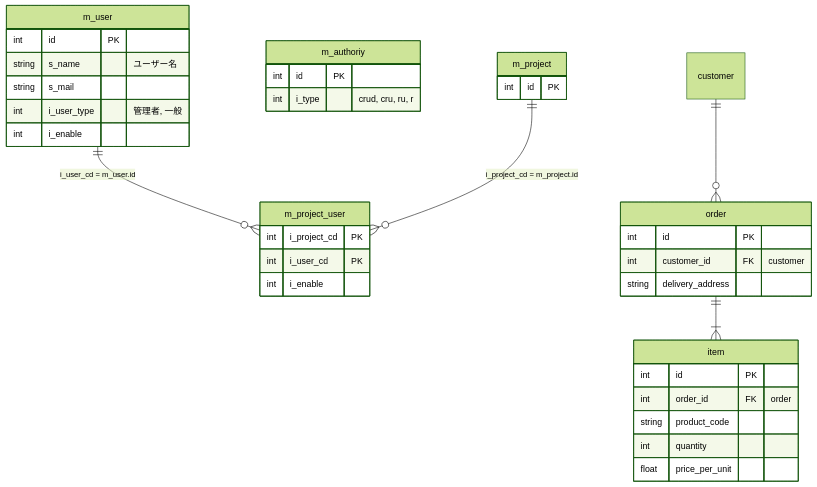
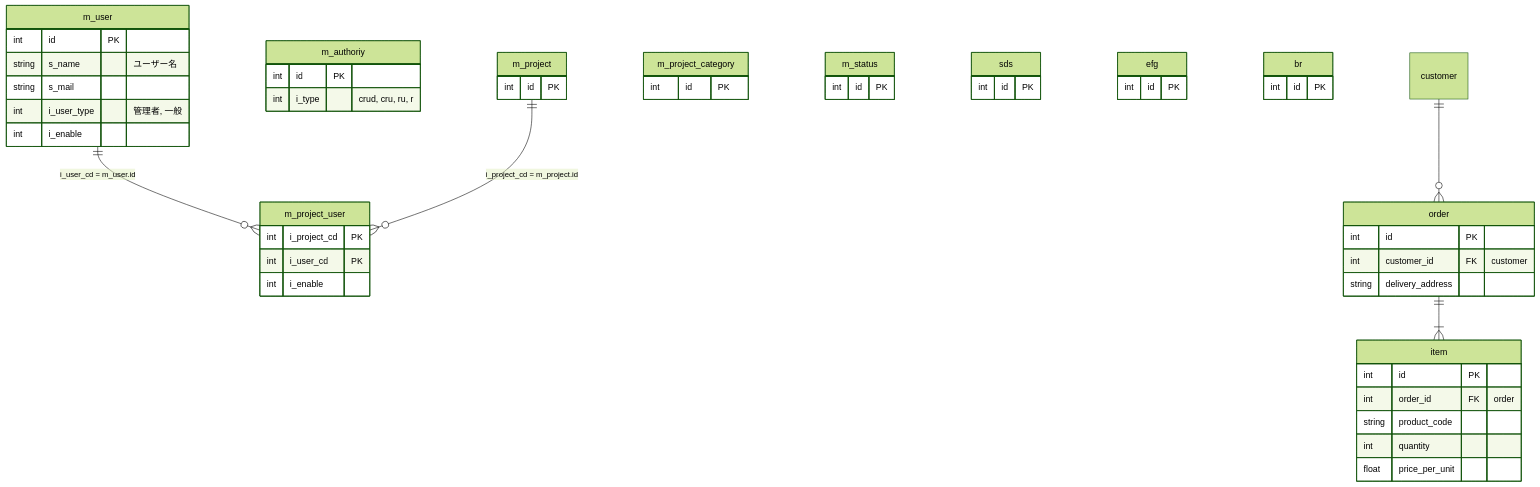
The second of 4 diagrams in README.md (hiramiya523/template), drawn with Mermaid (forest theme) before and after one commit.

````diff
--- a/README.md
+++ b/README.md
@@ -26,44 +26,67 @@
 ```mermaid
 erDiagram
   m_user {
           int id PK
           string s_name "ユーザー名"
           string s_mail
           int i_user_type "管理者, 一般"
           int i_enable
       }
   
   m_authoriy {
     int id PK
     int i_type "crud, cru, ru, r"
   }
   
   m_project {
     int id PK
+  }
+
+  m_project_category {
+    int id PK
+
+  }
+  
+  m_status {
+    int id PK
+
+  }
+
+   sds {
+    int id PK
+
+  }
+   efg {
+    int id PK
+
+  }
+   br {
+    int id PK
+
   }
 
   m_project_user {
     int i_project_cd PK
     int i_user_cd PK
     int i_enable
   }
 
   m_user ||--o{  m_project_user: "i_user_cd = m_user.id"
   m_project ||--o{ m_project_user: "i_project_cd = m_project.id" 
 
     order {
         int id PK
         int customer_id FK "customer"
         string delivery_address
     }
     customer ||--o{ order : ""
 
     item {
         int id PK
         int order_id FK "order"
         string product_code
         int quantity
         float price_per_unit
     }
     order ||--|{ item : ""
 ```
````
